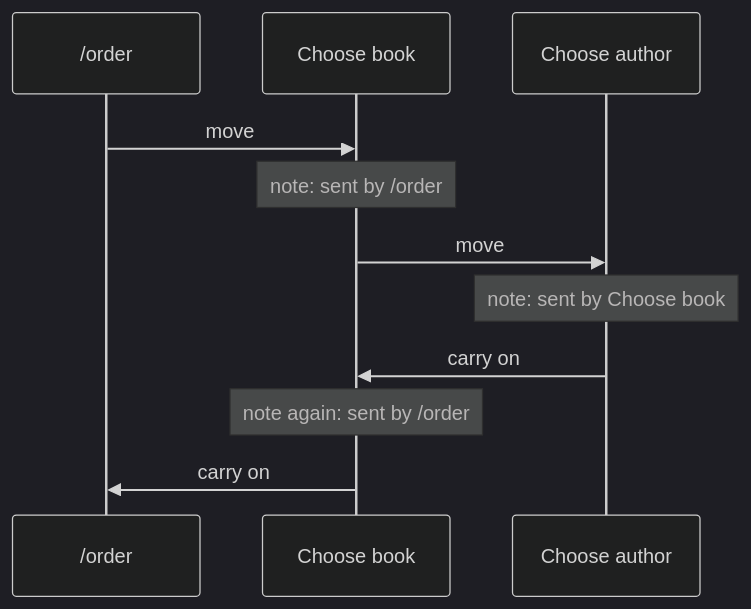
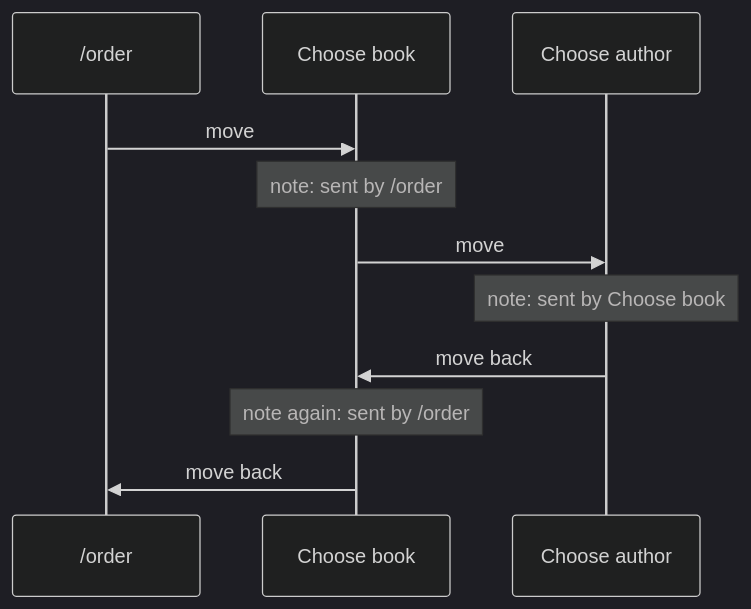
One commit to KitCli/KitCli changed the second of 3 diagrams in docs/investigations/what-would-it-take-to-carry-on-after-nested-questions.md. Above: the diagram before and after it, drawn with Mermaid (dark theme). The commit also changed other lines of this file and 1 other file, not shown here.

Commit message:
docs(workflow): name the move-back outcome ByMovingBackToPriorCommand

````diff
--- a/docs/investigations/what-would-it-take-to-carry-on-after-nested-questions.md
+++ b/docs/investigations/what-would-it-take-to-carry-on-after-nested-questions.md
@@ -52,13 +52,13 @@
 ```mermaid
 sequenceDiagram
     participant E as /order
     participant S as Choose book
     participant F as Choose author
     E->>S: move
     Note over S: note: sent by /order
     S->>F: move
     Note over F: note: sent by Choose book
-    F->>S: carry on
+    F->>S: move back
     Note over S: note again: sent by /order
-    S->>E: carry on
+    S->>E: move back
 ```
````
